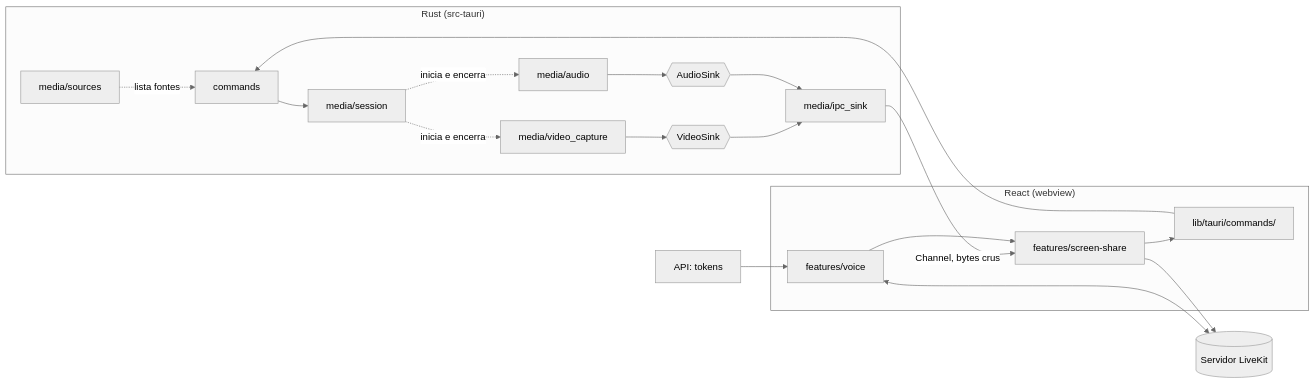
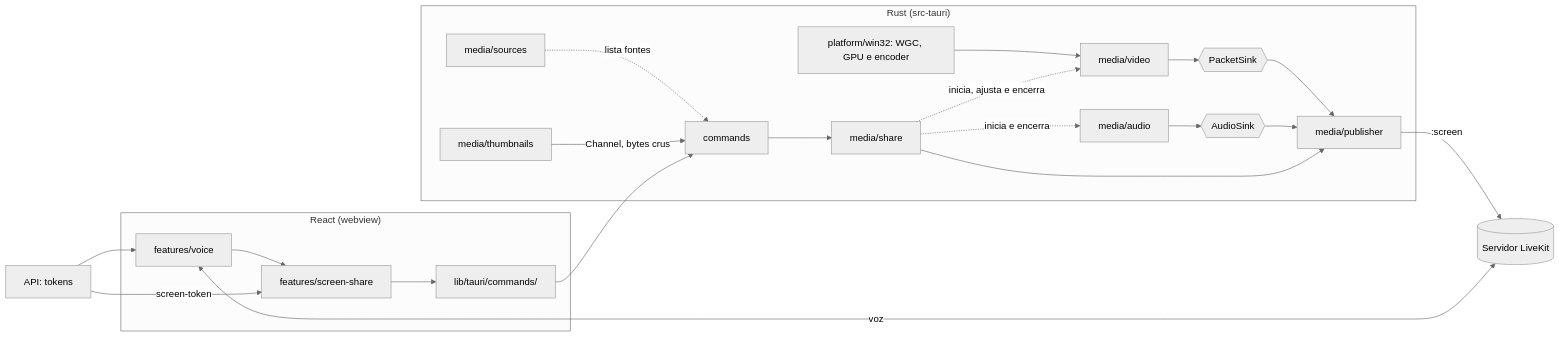
Before and after one commit to gustavo99g/ashtar: the first of 2 diagrams in ARCHITECTURE.md, drawn with Mermaid (neutral theme). The commit also changed other lines of this file and 2 other files, not shown here.

````diff
--- a/ARCHITECTURE.md
+++ b/ARCHITECTURE.md
@@ -27,22 +29,25 @@
 ```mermaid
 flowchart LR
   subgraph Rust["Rust (src-tauri)"]
     SRC[media/sources] -. lista fontes .-> CMD
-    VC[media/video_capture] --> VS{{VideoSink}}
+    WGC[platform/win32: WGC, GPU e encoder] --> V[media/video]
+    V --> PS{{PacketSink}}
     AC[media/audio] --> AS{{AudioSink}}
-    VS --> IPC[media/ipc_sink]
-    AS --> IPC
-    S[media/session] -. inicia e encerra .-> VC
-    S -. inicia e encerra .-> AC
-    CMD[commands] --> S
+    PS --> PUB[media/publisher]
+    AS --> PUB
+    SH[media/share] -. inicia, ajusta e encerra .-> V
+    SH -. inicia e encerra .-> AC
+    SH --> PUB
+    TH[media/thumbnails] -- "Channel, bytes crus" --> CMD
+    CMD[commands] --> SH
   end
   subgraph React["React (webview)"]
     TS[lib/tauri/commands/] --> CMD
-    IPC -- "Channel, bytes crus" --> SS[features/screen-share]
-    SS --> TS
-    V[features/voice] --> SS
+    SS[features/screen-share] --> TS
+    V2[features/voice] --> SS
   end
-  V <--> LK[(Servidor LiveKit)]
-  SS --> LK
-  API[API: tokens] --> V
+  PUB -- ":screen" --> LK[(Servidor LiveKit)]
+  V2 <-- "voz" --> LK
+  API[API: tokens] --> V2
+  API -- "screen-token" --> SS
 ```
````
